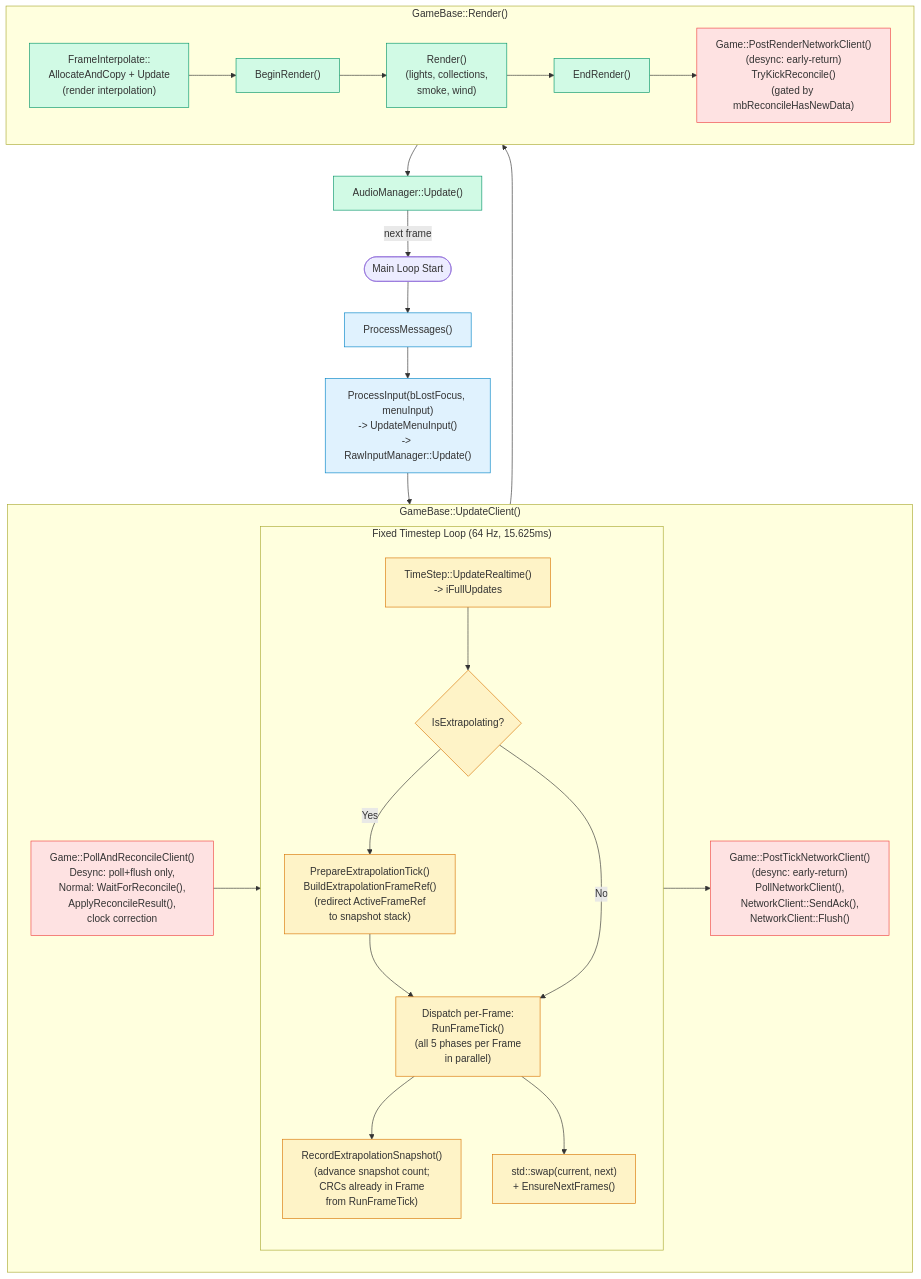
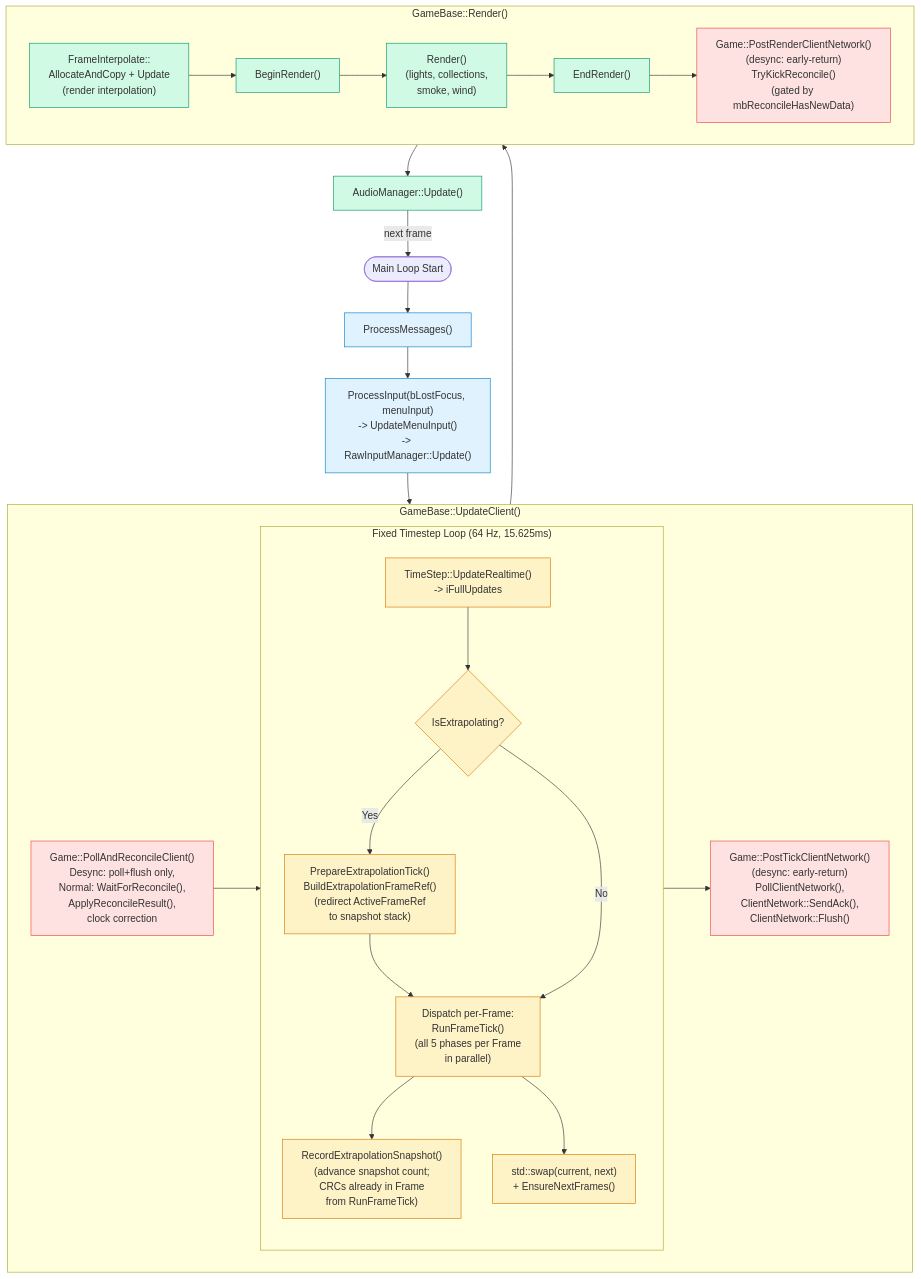
The second of 5 diagrams in Documents/Architecture/FrameUpdatePipeline.md (DougTanner/BrokenEnginePublic), drawn with Mermaid before and after one commit. The commit also changed other lines of this file and 66 other files, not shown here.

````diff
--- a/Documents/Architecture/FrameUpdatePipeline.md
+++ b/Documents/Architecture/FrameUpdatePipeline.md
@@ -55,51 +55,51 @@
 ```mermaid
 %%{init: {'theme': 'default'}}%%
 flowchart TD
     classDef input fill:#e0f2fe,stroke:#0284c7
     classDef physics fill:#fef3c7,stroke:#d97706
     classDef network fill:#fee2e2,stroke:#ef4444
     classDef render fill:#d1fae5,stroke:#059669
 
     start(["Main Loop Start"])
 
     msgs["ProcessMessages()"]:::input
 
     preupdate["ProcessInput(bLostFocus, menuInput)<br/>-> UpdateMenuInput()<br/>-> RawInputManager::Update()"]:::input
 
     subgraph tick_frames ["GameBase::UpdateClient()"]
         poll_reconcile["Game::PollAndReconcileClient()<br/>Desync: poll+flush only,<br/>Normal: WaitForReconcile(),<br/>ApplyReconcileResult(),<br/>clock correction"]:::network
 
         subgraph physics_loop ["Fixed Timestep Loop (64 Hz, 15.625ms)"]
             ts["TimeStep::UpdateRealtime()<br/>-> iFullUpdates"]:::physics
             extrap_check{"IsExtrapolating?"}:::physics
             extrap_prep["PrepareExtrapolationTick()<br/>BuildExtrapolationFrameRef()<br/>(redirect ActiveFrameRef<br/>to snapshot stack)"]:::physics
             dispatch["Dispatch per-Frame:<br/>RunFrameTick()<br/>(all 5 phases per Frame<br/>in parallel)"]:::physics
             extrap_record["RecordExtrapolationSnapshot()<br/>(advance snapshot count;<br/>CRCs already in Frame<br/>from RunFrameTick)"]:::physics
             frame_swap["std::swap(current, next)<br/>+ EnsureNextFrames()"]:::physics
             ts --> extrap_check
             extrap_check -->|"Yes"| extrap_prep --> dispatch --> extrap_record
             extrap_check -->|"No"| dispatch --> frame_swap
         end
 
-        post_tick["Game::PostTickNetworkClient()<br/>(desync: early-return)<br/>PollNetworkClient(),<br/>NetworkClient::SendAck(),<br/>NetworkClient::Flush()"]:::network
+        post_tick["Game::PostTickClientNetwork()<br/>(desync: early-return)<br/>PollClientNetwork(),<br/>ClientNetwork::SendAck(),<br/>ClientNetwork::Flush()"]:::network
 
         poll_reconcile --> physics_loop --> post_tick
     end
 
     subgraph render_method ["GameBase::Render()"]
         r_interp["FrameInterpolate::<br/>AllocateAndCopy + Update<br/>(render interpolation)"]:::render
         r_begin["BeginRender()"]:::render
         r_main["Render()<br/>(lights, collections,<br/>smoke, wind)"]:::render
         r_end["EndRender()"]:::render
 
-        post_render["Game::PostRenderNetworkClient()<br/>(desync: early-return)<br/>TryKickReconcile()<br/>(gated by mbReconcileHasNewData)"]:::network
+        post_render["Game::PostRenderClientNetwork()<br/>(desync: early-return)<br/>TryKickReconcile()<br/>(gated by mbReconcileHasNewData)"]:::network
 
         r_interp --> r_begin --> r_main --> r_end --> post_render
     end
 
     audio["AudioManager::Update()"]:::render
 
     start --> msgs --> preupdate --> tick_frames
     tick_frames --> render_method --> audio
     audio -->|next frame| start
 ```
````
